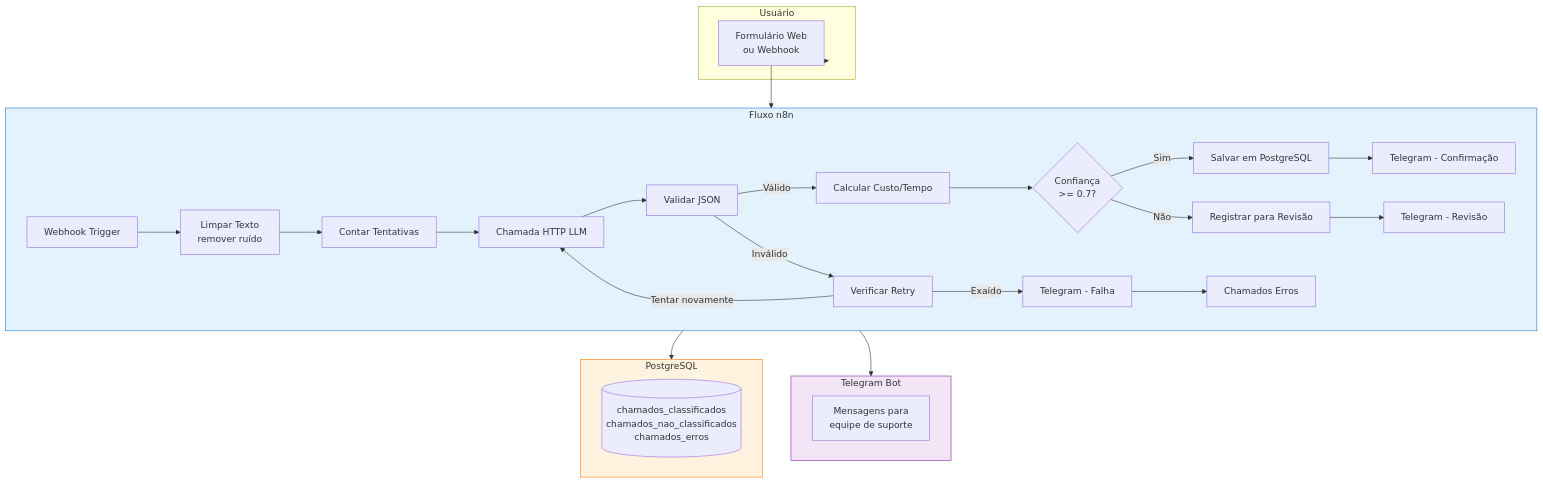
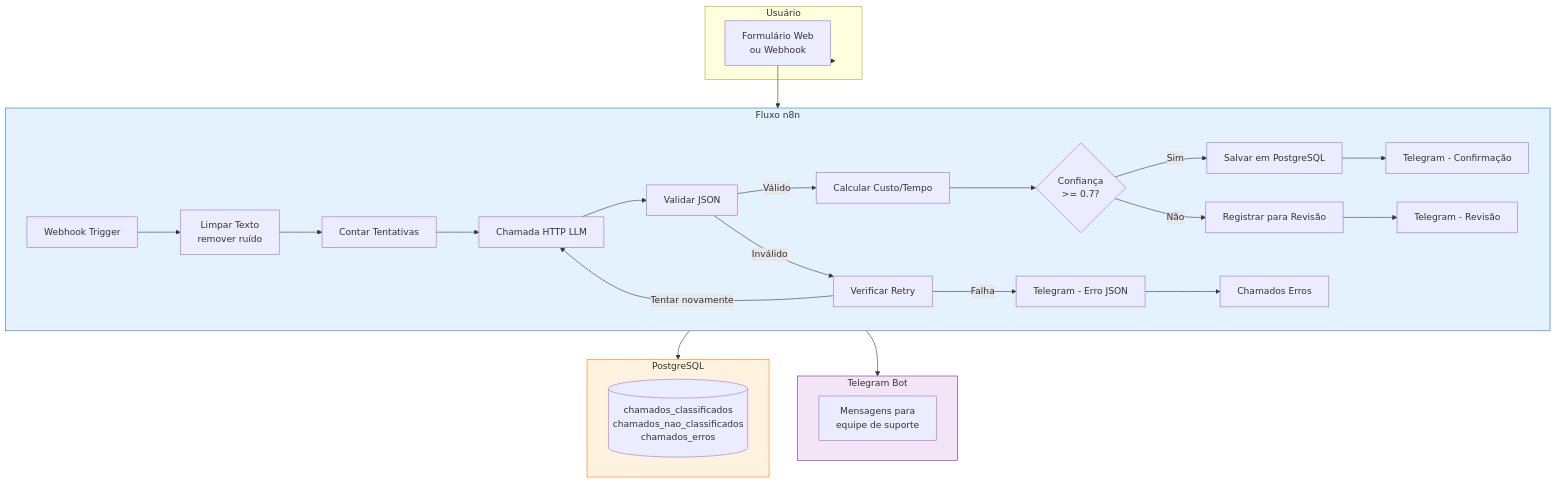
The diagram in README.md (Hey-Pablo/triagem-chamados-ia), drawn with Mermaid before and after one commit. The commit also changed other lines of this file and 2 other files, not shown here.

Commit message:
fix: ajustar nós e documentar revisão manual (#5)

````diff
--- a/README.md
+++ b/README.md
@@ -17,40 +17,40 @@
 ```mermaid
 flowchart TD
     subgraph Usuario["Usuário"]
         A[Formulário Web<br/>ou Webhook]
     end
 
     subgraph N8N["Fluxo n8n"]
         B[Webhook Trigger] --> C[Limpar Texto<br/>remover ruído]
         C --> D[Contar Tentativas]
         D --> E[Chamada HTTP LLM]
         E --> F[Validar JSON]
         F -->|Válido| G[Calcular Custo/Tempo]
         G --> H{Confiança<br/>>= 0.7?}
         H -->|Sim| I[Salvar em PostgreSQL]
         I --> J[Telegram - Confirmação]
         H -->|Não| K[Registrar para Revisão]
         K --> L[Telegram - Revisão]
         F -->|Inválido| M[Verificar Retry]
         M -->|Tentar novamente| E
-        M -->|Exaído| N[Telegram - Falha]
+        M -->|Falha| N[Telegram - Erro JSON]
         N --> O[Chamados Erros]
     end
 
     subgraph Banco["PostgreSQL"]
         P[(chamados_classificados<br/>chamados_nao_classificados<br/>chamados_erros)]
     end
 
     subgraph Notificacao["Telegram Bot"]
         Q[Mensagens para<br/>equipe de suporte]
     end
 
     Usuario --> A
     A --> N8N
     N8N --> Banco
     N8N --> Notificacao
 
     style N8N fill:#e3f2fd,stroke:#1976d2
     style Banco fill:#fff3e0,stroke:#f57c00
     style Notificacao fill:#f3e5f5,stroke:#7b1fa2
 ```
````
